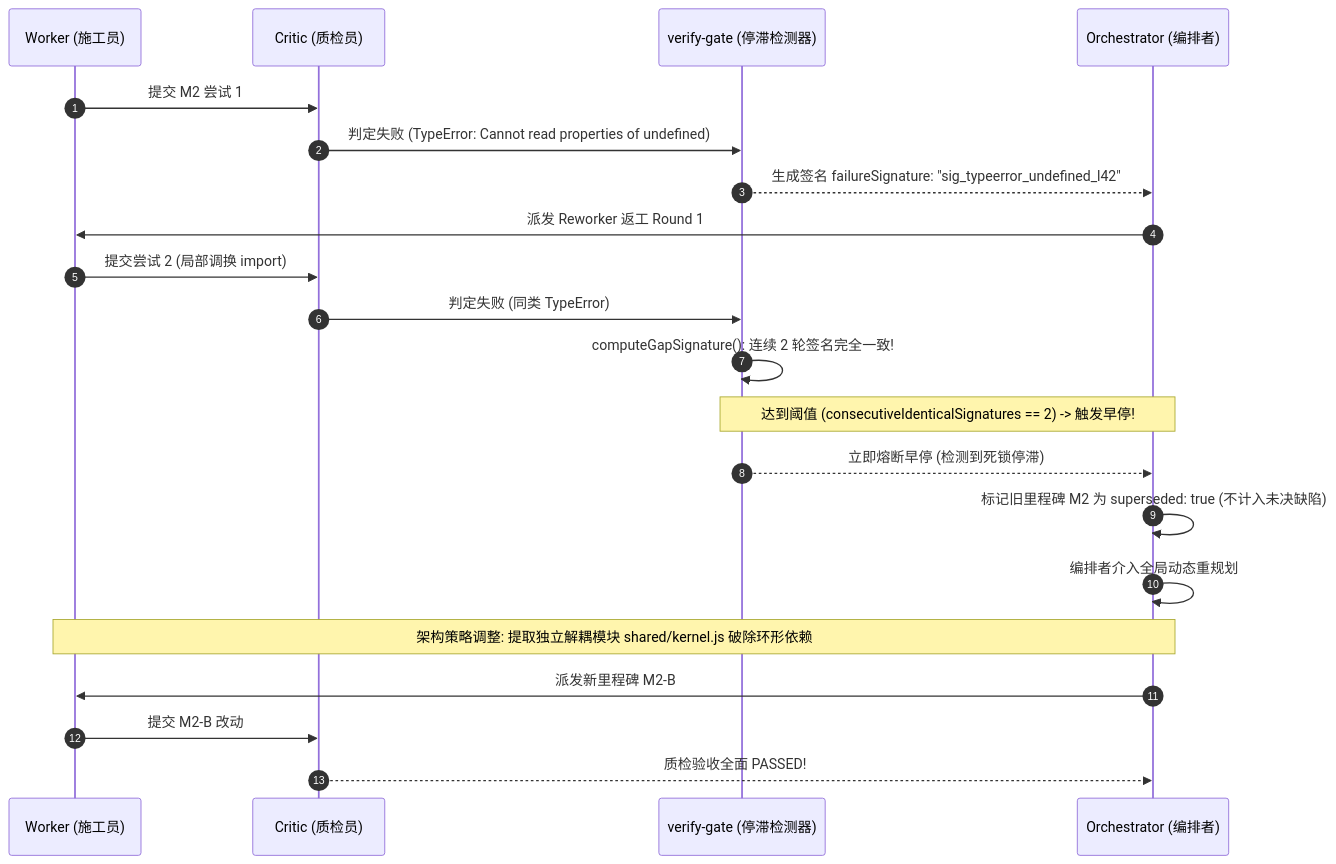
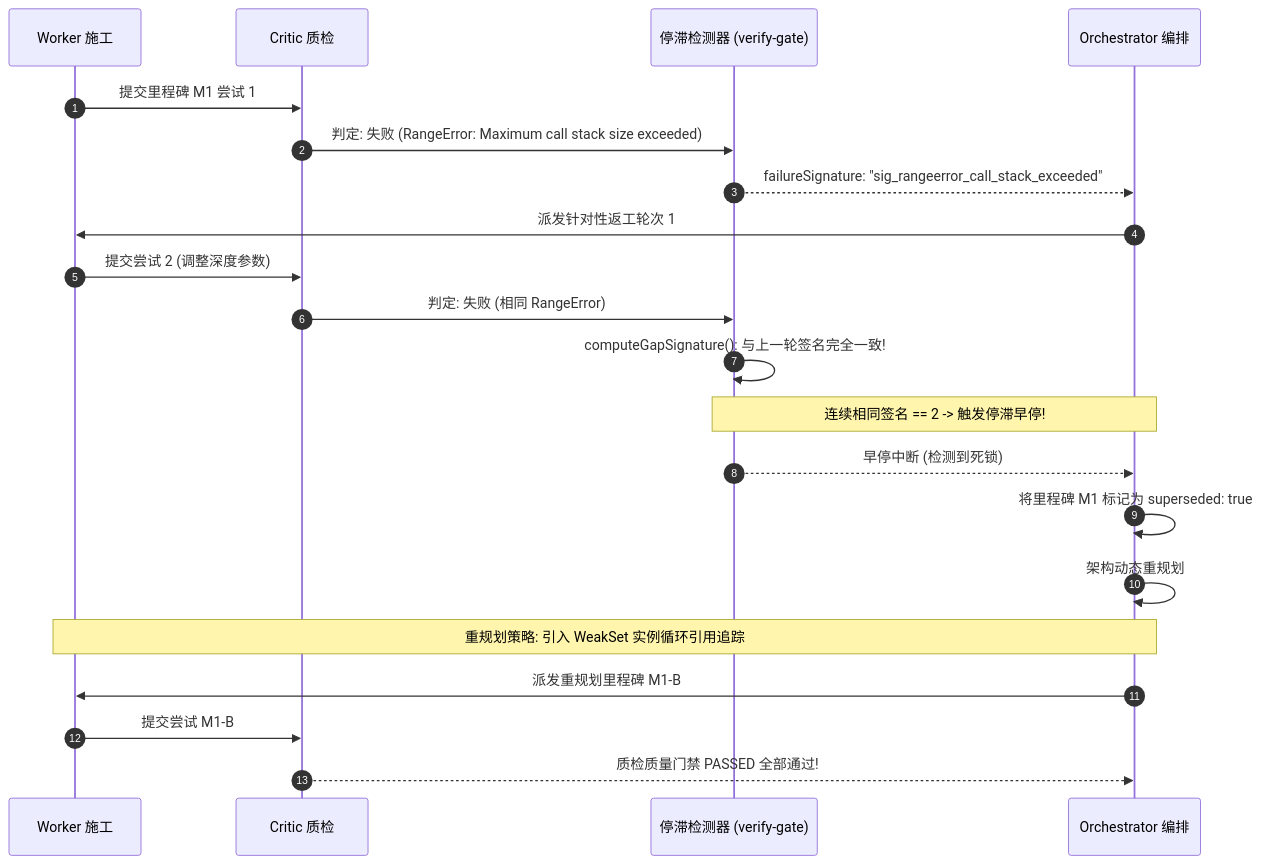
One commit to CalebChen941028/agent-teamwork changed the third of 3 diagrams in docs/BENCHMARK_REPORT.zh-CN.md. Above: the diagram before and after it, drawn with Mermaid. The commit also changed other lines of this file and 11 other files, not shown here.

````diff
--- a/docs/BENCHMARK_REPORT.zh-CN.md
+++ b/docs/BENCHMARK_REPORT.zh-CN.md
@@ -249,24 +257,24 @@
 ```mermaid
 sequenceDiagram
     autonumber
-    participant W as Worker (施工员)
-    participant C as Critic (质检员)
-    participant S as verify-gate (停滞检测器)
-    participant O as Orchestrator (编排者)
+    participant W as Worker 施工
+    participant C as Critic 质检
+    participant S as 停滞检测器 (verify-gate)
+    participant O as Orchestrator 编排
 
-    W->>C: 提交 M2 尝试 1
-    C->>S: 判定失败 (TypeError: Cannot read properties of undefined)
-    S-->>O: 生成签名 failureSignature: "sig_typeerror_undefined_l42"
-    O->>W: 派发 Reworker 返工 Round 1
-    W->>C: 提交尝试 2 (局部调换 import)
-    C->>S: 判定失败 (同类 TypeError)
-    S->>S: computeGapSignature(): 连续 2 轮签名完全一致!
-    Note over S,O: 达到阈值 (consecutiveIdenticalSignatures == 2) -> 触发早停!
-    S-->>O: 立即熔断早停 (检测到死锁停滞)
-    O->>O: 标记旧里程碑 M2 为 superseded: true (不计入未决缺陷)
-    O->>O: 编排者介入全局动态重规划
-    Note over O,W: 架构策略调整: 提取独立解耦模块 shared/kernel.js 破除环形依赖
-    O->>W: 派发新里程碑 M2-B
-    W->>C: 提交 M2-B 改动
-    C-->>O: 质检验收全面 PASSED!
+    W->>C: 提交里程碑 M1 尝试 1
+    C->>S: 判定: 失败 (RangeError: Maximum call stack size exceeded)
+    S-->>O: failureSignature: "sig_rangeerror_call_stack_exceeded"
+    O->>W: 派发针对性返工轮次 1
+    W->>C: 提交尝试 2 (调整深度参数)
+    C->>S: 判定: 失败 (相同 RangeError)
+    S->>S: computeGapSignature(): 与上一轮签名完全一致!
+    Note over S,O: 连续相同签名 == 2 -> 触发停滞早停!
+    S-->>O: 早停中断 (检测到死锁)
+    O->>O: 将里程碑 M1 标记为 superseded: true
+    O->>O: 架构动态重规划
+    Note over O,W: 重规划策略: 引入 WeakSet 实例循环引用追踪
+    O->>W: 派发重规划里程碑 M1-B
+    W->>C: 提交尝试 M1-B
+    C-->>O: 质检质量门禁 PASSED 全部通过!
 ```
````
